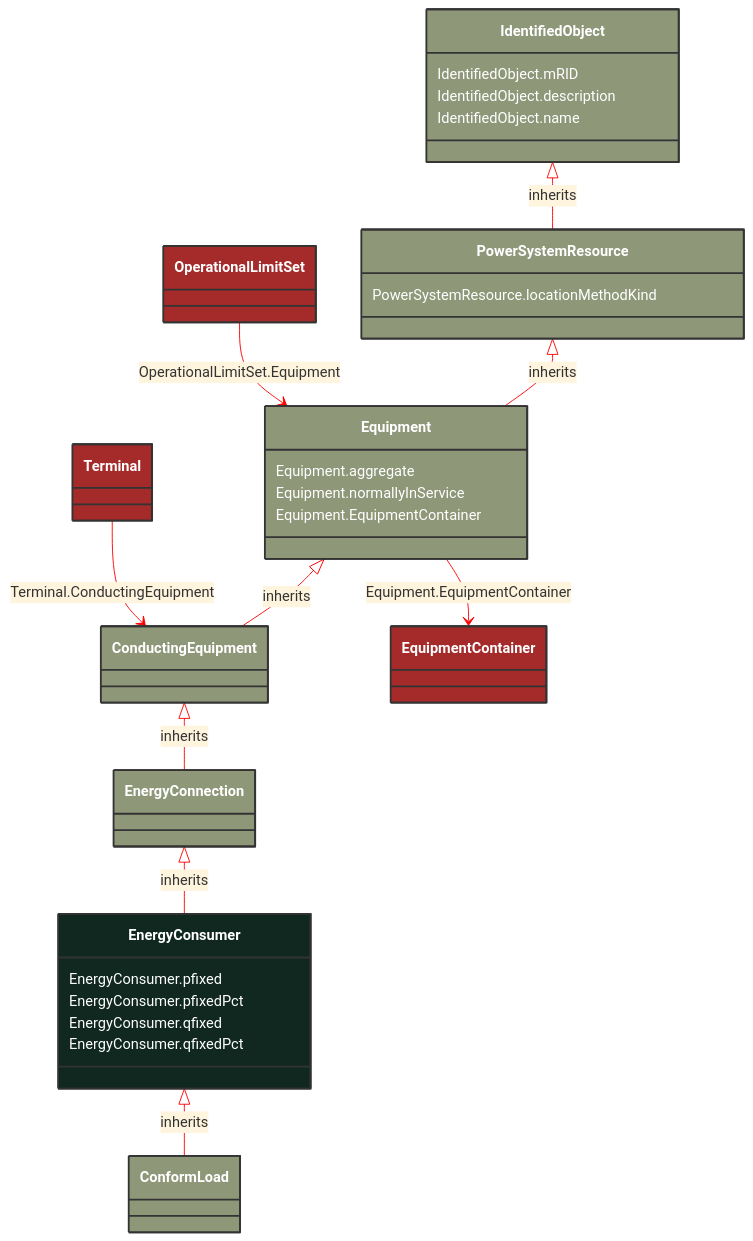
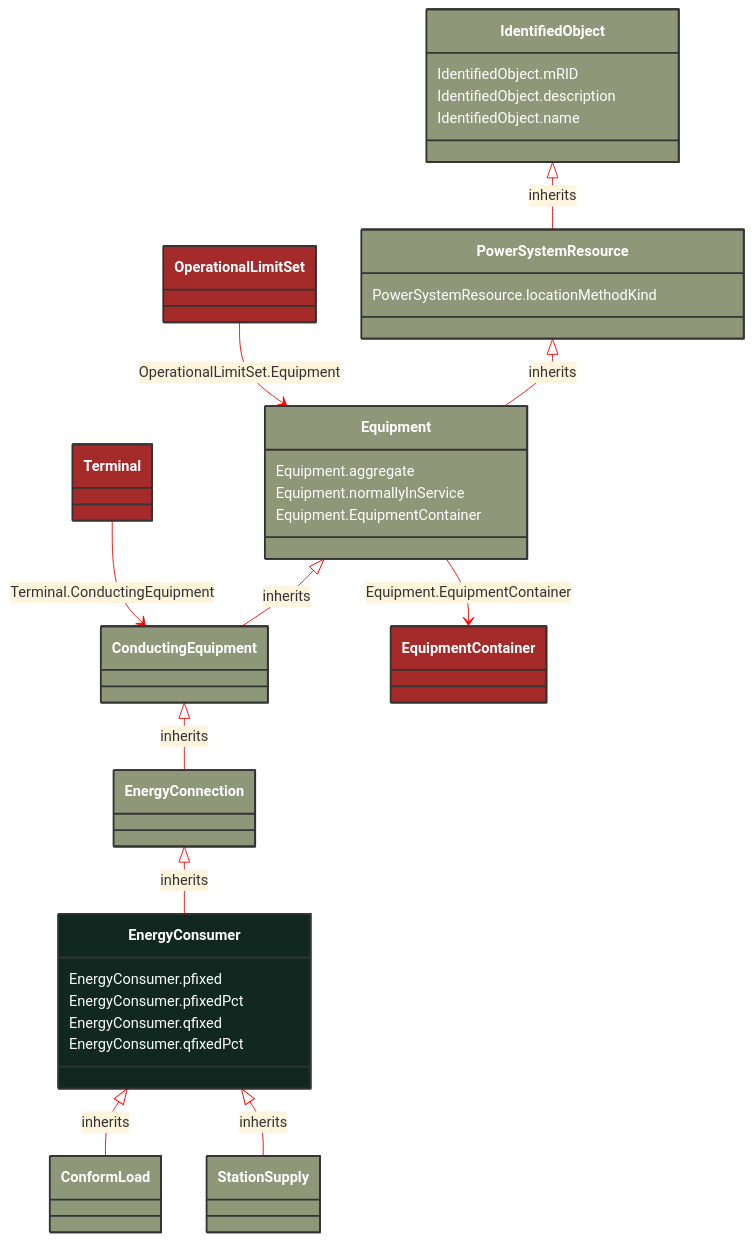
The diagram in docs/Models/Profiles/Telemark-120Equipment/ConcreteClasses/EnergyConsumer.md (3lbits/NoCIMExtensions), drawn with Mermaid before and after one commit. The commit also changed 63 other files, not shown here.

````diff
--- a/docs/Models/Profiles/Telemark-120Equipment/ConcreteClasses/EnergyConsumer.md
+++ b/docs/Models/Profiles/Telemark-120Equipment/ConcreteClasses/EnergyConsumer.md
@@ -8,64 +8,70 @@
 ```mermaid
 %%{init: {'theme':'base','themeVariables': {'lineColor': '#FF0000'}}}%%
 classDiagram
     class EnergyConsumer
     click EnergyConsumer href "/Models/Profiles/Telemark-120Equipment/ConcreteClasses/EnergyConsumer/"
     style EnergyConsumer fill:#102820,stroke:#333,stroke-width:2px,rx:10,ry:10,color:white
 
         EnergyConsumer <|-- ConformLoad : inherits
 
         ConformLoad
             click ConformLoad href "/Models/Profiles/Telemark-120Equipment/ConcreteClasses/ConformLoad/"
             style ConformLoad fill:#8F9779,stroke:#333,stroke-width:2px,rx:10,ry:10,color:white
+
+        EnergyConsumer <|-- StationSupply : inherits
+
+        StationSupply
+            click StationSupply href "/Models/Profiles/Telemark-120Equipment/ConcreteClasses/StationSupply/"
+            style StationSupply fill:#8F9779,stroke:#333,stroke-width:2px,rx:10,ry:10,color:white
      
         EnergyConnection <|-- EnergyConsumer : inherits
             click EnergyConnection href "/Models/Profiles/Telemark-120Equipment/AbstractClasses/EnergyConnection/"
             style EnergyConnection fill:#8F9779,stroke:#333,stroke-width:2px,rx:10,ry:10,color:white
      
         ConductingEquipment <|-- EnergyConnection : inherits
             click ConductingEquipment href "/Models/Profiles/Telemark-120Equipment/AbstractClasses/ConductingEquipment/"
             style ConductingEquipment fill:#8F9779,stroke:#333,stroke-width:2px,rx:10,ry:10,color:white
      
         Equipment <|-- ConductingEquipment : inherits
             click Equipment href "/Models/Profiles/Telemark-120Equipment/AbstractClasses/Equipment/"
             style Equipment fill:#8F9779,stroke:#333,stroke-width:2px,rx:10,ry:10,color:white
      
         PowerSystemResource <|-- Equipment : inherits
             click PowerSystemResource href "/Models/Profiles/Telemark-120Equipment/AbstractClasses/PowerSystemResource/"
             style PowerSystemResource fill:#8F9779,stroke:#333,stroke-width:2px,rx:10,ry:10,color:white
      
         IdentifiedObject <|-- PowerSystemResource : inherits
             click IdentifiedObject href "/Models/Profiles/Telemark-120Equipment/AbstractClasses/IdentifiedObject/"
             style IdentifiedObject fill:#8F9779,stroke:#333,stroke-width:2px,rx:10,ry:10,color:white
 
         Equipment --> EquipmentContainer : Equipment.EquipmentContainer
 
         EquipmentContainer
             click EquipmentContainer href "/Models/Profiles/Telemark-120Equipment/ConcreteClasses/EquipmentContainer/"
             style EquipmentContainer fill:#A52A2A,stroke:#333,stroke-width:2px,rx:10,ry:10,color:white
 
         OperationalLimitSet --> Equipment : OperationalLimitSet.Equipment
 
         OperationalLimitSet
             click OperationalLimitSet href "/Models/Profiles/Telemark-120Equipment/ConcreteClasses/OperationalLimitSet/"
             style OperationalLimitSet fill:#A52A2A,stroke:#333,stroke-width:2px,rx:10,ry:10,color:white
 
         Terminal --> ConductingEquipment : Terminal.ConductingEquipment
 
         Terminal
             click Terminal href "/Models/Profiles/Telemark-120Equipment/ConcreteClasses/Terminal/"
             style Terminal fill:#A52A2A,stroke:#333,stroke-width:2px,rx:10,ry:10,color:white
 
 
         EnergyConsumer : EnergyConsumer.pfixed
         EnergyConsumer : EnergyConsumer.pfixedPct
         EnergyConsumer : EnergyConsumer.qfixed
         EnergyConsumer : EnergyConsumer.qfixedPct
         Equipment : Equipment.aggregate
         Equipment : Equipment.normallyInService
         Equipment : Equipment.EquipmentContainer
         PowerSystemResource : PowerSystemResource.locationMethodKind
         IdentifiedObject : IdentifiedObject.mRID
         IdentifiedObject : IdentifiedObject.description
         IdentifiedObject : IdentifiedObject.name
 ```
````
